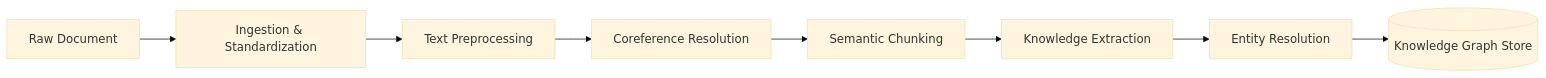
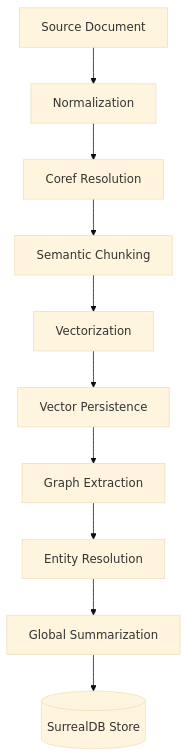
Before and after one commit to foersben/CodaCite: the diagram in docs/data_pipeline.md, drawn with Mermaid (base theme). The commit also changed other lines of this file and 171 other files, not shown here.

````diff
--- a/docs/data_pipeline.md
+++ b/docs/data_pipeline.md
@@ -36,10 +62,12 @@
 ```mermaid
-graph LR
-    DOC[Raw Document] --> INGEST[Ingestion & Standardization]
-    INGEST --> PREPROC[Text Preprocessing]
-    PREPROC --> CORE[Coreference Resolution]
-    CORE --> CHUNK[Semantic Chunking]
-    CHUNK --> EXTRACT[Knowledge Extraction]
-    EXTRACT --> RESOLVE[Entity Resolution]
-    RESOLVE --> STORE[(Knowledge Graph Store)]
+graph TD
+    DOC[Source Document] --> NORM[Normalization]
+    NORM --> COREF[Coref Resolution]
+    COREF --> SEM[Semantic Chunking]
+    SEM --> VEC[Vectorization]
+    VEC --> VSTORE[Vector Persistence]
+    VSTORE --> KG[Graph Extraction]
+    KG --> RES[Entity Resolution]
+    RES --> SUM[Global Summarization]
+    SUM --> DB[(SurrealDB Store)]
 ```
````
